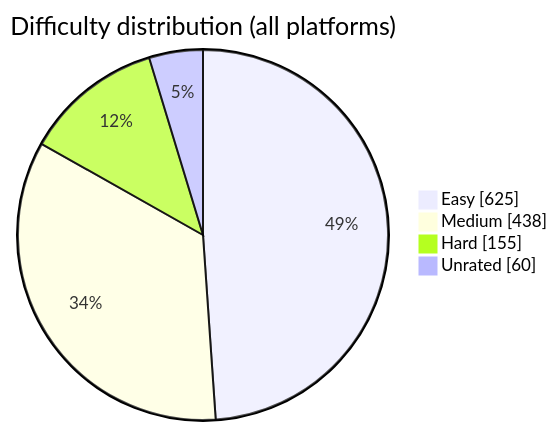
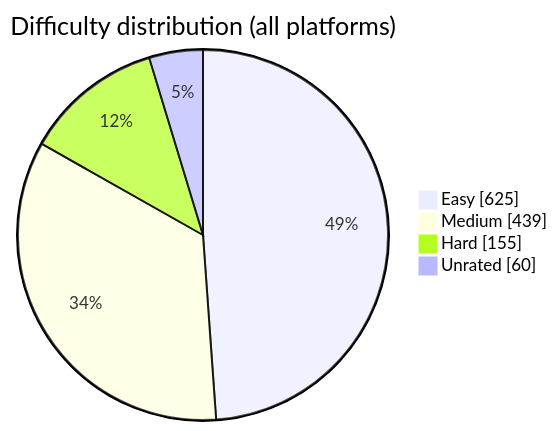
One commit to BuildbyArindam/Daily-Coding-Log changed the diagram in README.md. Above: the diagram before and after it, drawn with Mermaid. The commit also changed other lines of this file, not shown here.

````diff
--- a/README.md
+++ b/README.md
@@ -93,7 +93,7 @@
 ```mermaid
 pie showData title Difficulty distribution (all platforms)
     "Easy" : 625
-    "Medium" : 438
+    "Medium" : 439
     "Hard" : 155
     "Unrated" : 60
 ```
````
